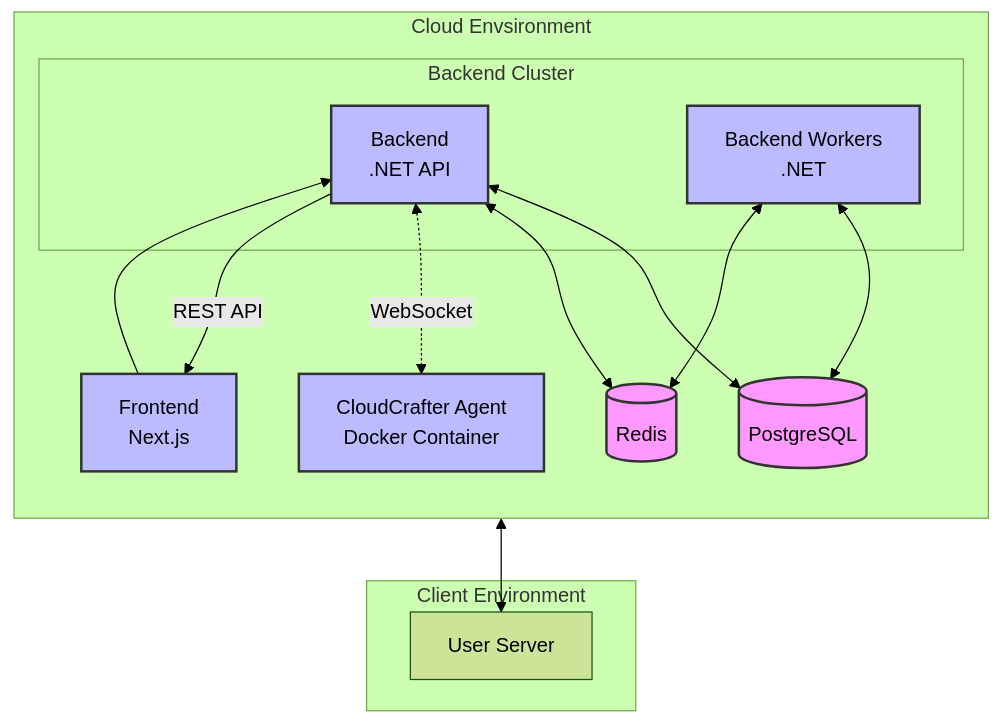
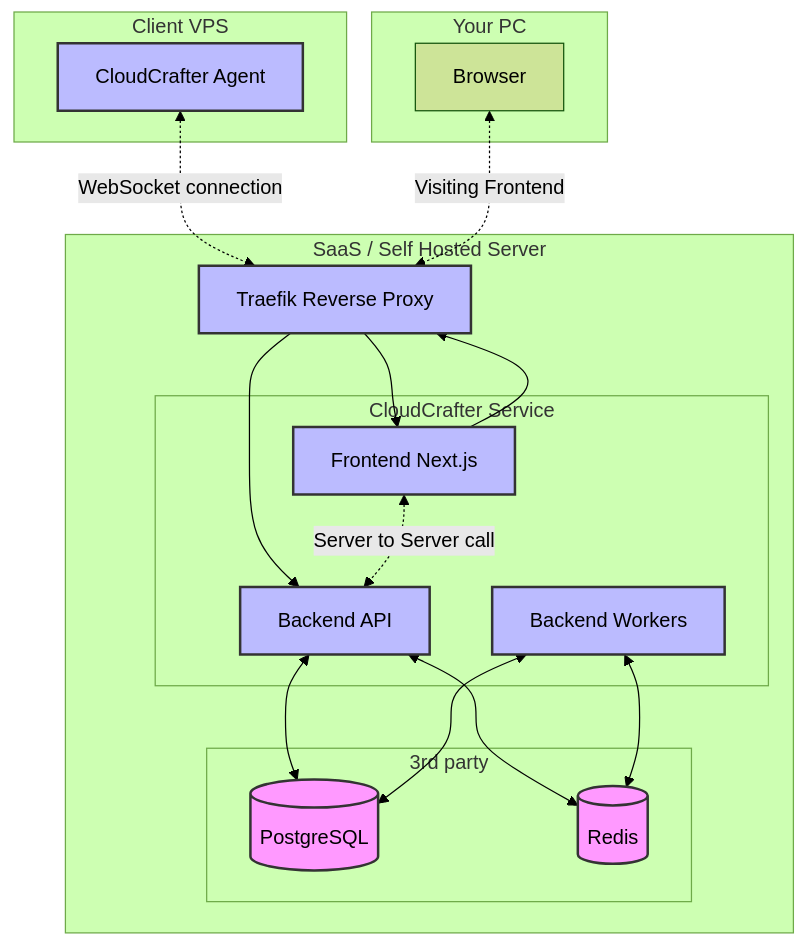
The diagram in frontend/apps/site/content/docs/index.mdx (cloudcrafter-oss/CloudCrafter), drawn with Mermaid (forest theme) before and after one commit. The commit also changed other lines of this file and 1 other file, not shown here.

Commit message:
Update graph

````diff
--- a/frontend/apps/site/content/docs/index.mdx
+++ b/frontend/apps/site/content/docs/index.mdx
@@ -29,39 +26,50 @@
 ```mermaid
 flowchart TB
-    subgraph Cloud ["Cloud Envsironment"]
-        direction TB
+    subgraph Cloud ["SaaS / Self Hosted Server"]
+        %% direction TB
         
-        FE[Frontend\nNext.js] --> BE
-        
-        subgraph BE_Cluster ["Backend Cluster"]
-            BE[Backend
-.NET API]
-            BW[Backend Workers
-.NET]
+        RP[Traefik Reverse Proxy]
+        RP --> FE
+        RP --> BE
+        subgraph BE_Cluster ["CloudCrafter Service"]
+            FE[Frontend Next.js]
+            FE <-.->|Server to Server call| BE
+            
+            BE[Backend API]
+            BW[Backend Workers]
         end
         
-        DB[(PostgreSQL)]
-        REDIS[(Redis)]
+        subgraph DOCKER_SERVICES ["3rd party"]
+            DB[(PostgreSQL)]
+            REDIS[(Redis)]
+
+        end
         
         BE <--> DB
         BE <--> REDIS
         BW <--> DB
         BW <--> REDIS
         
-        BE <-.->|WebSocket| AG
+
     end
     
-    subgraph Client ["Client Environment"]
-        AG[CloudCrafter Agent\nDocker Container]
-        SERVER[User Server]
-        AG <--> SERVER
+    subgraph Client ["Client VPS"]
+        AG[CloudCrafter Agent]
     end
-    
+
+
+    subgraph PC ["Your PC"]
+        BROWSER[Browser]
+    end
+
+    FE --> RP
+
+    AG <-.->|WebSocket connection| RP
+
+    BROWSER <-.->|Visiting Frontend| RP
     classDef database fill:#f9f,stroke:#333,stroke-width:2px
     classDef component fill:#bbf,stroke:#333,stroke-width:2px
     
     class DB,REDIS database
-    class FE,BE,BW,AG component
-    
-    BE -->|REST API| FE
+    class FE,BE,BW,AG,RP component
 ```
````
